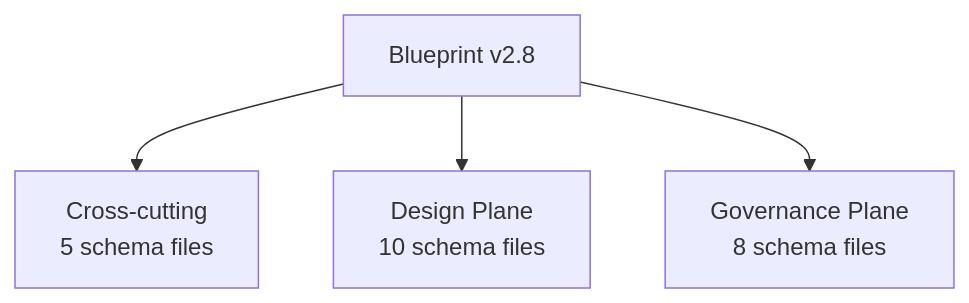
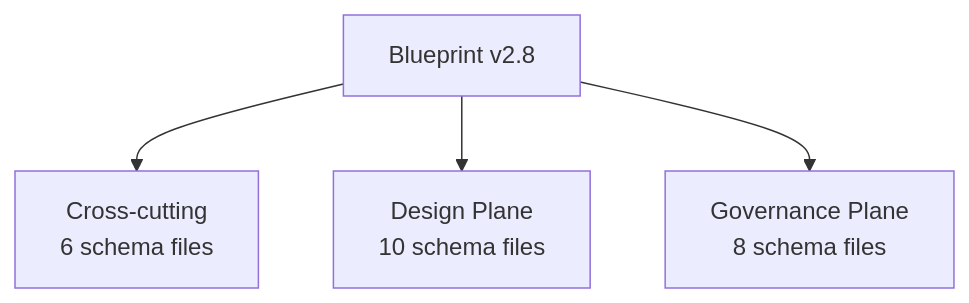
Before and after one commit to Archally/blueprint-schema: the diagram in docs/schema-atlas/v2.8/overview.md, drawn with Mermaid. The commit also changed other lines of this file and 13 other files, not shown here.

Commit message:
Blueprint Schema 2.8.13: the documentation names the process and the bands the schema accepts

````diff
--- a/docs/schema-atlas/v2.8/overview.md
+++ b/docs/schema-atlas/v2.8/overview.md
@@ -17,10 +17,10 @@
 ```mermaid
 graph TD
     ROOT["Blueprint v2.8"]
-    cross_cutting["Cross-cutting<br/>5 schema files"]
+    cross_cutting["Cross-cutting<br/>6 schema files"]
     ROOT --> cross_cutting
     design["Design Plane<br/>10 schema files"]
     ROOT --> design
     governance["Governance Plane<br/>8 schema files"]
     ROOT --> governance
 ```
````
